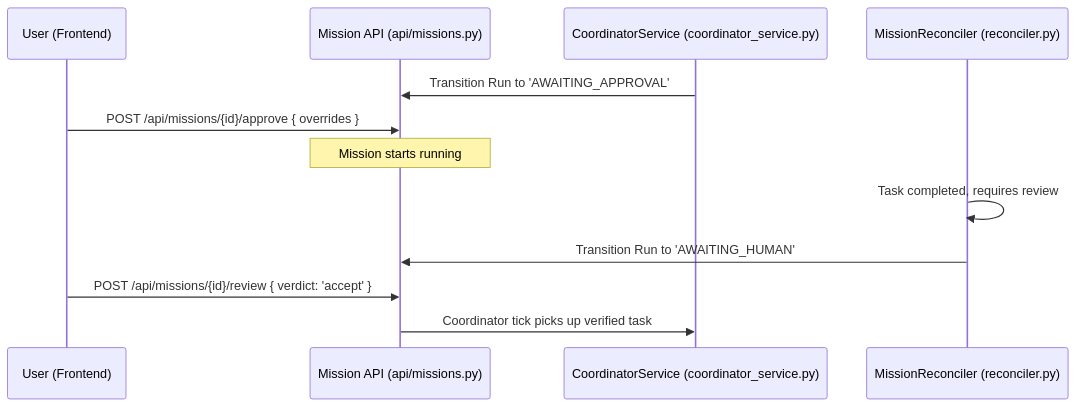
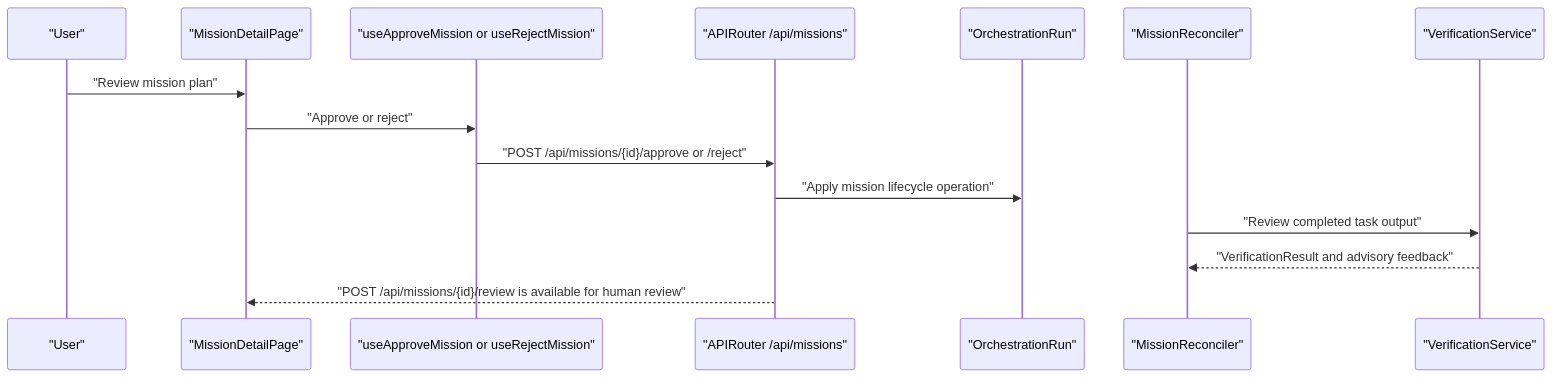
Before and after one commit to AutomatosAI/automatos-ai: the third of 5 diagrams in docs/missions-multi-agent-coordination/mission-ui-human-review.md, drawn with Mermaid. The commit also changed other lines of this file and 188 other files, not shown here.

First line of the commit message:
docs: refresh architecture docs and add coverage for new subsystems (#1416)

````diff
--- a/docs/missions-multi-agent-coordination/mission-ui-human-review.md
+++ b/docs/missions-multi-agent-coordination/mission-ui-human-review.md
@@ -156,15 +163,18 @@
 ```mermaid
 sequenceDiagram
-    participant U as User (Frontend)
-    participant API as Mission API (api/missions.py)
-    participant CS as CoordinatorService (coordinator_service.py)
-    participant RS as MissionReconciler (reconciler.py)
+    participant User as "User"
+    participant UI as "MissionDetailPage"
+    participant Hooks as "useApproveMission or useRejectMission"
+    participant API as "APIRouter /api/missions"
+    participant Run as "OrchestrationRun"
+    participant Reconciler as "MissionReconciler"
+    participant Verifier as "VerificationService"
 
-    CS->>API: Transition Run to 'AWAITING_APPROVAL'
-    U->>API: POST /api/missions/{id}/approve { overrides }
-    Note over API: Mission starts running
-    RS->>RS: Task completed, requires review
-    RS->>API: Transition Run to 'AWAITING_HUMAN'
-    U->>API: POST /api/missions/{id}/review { verdict: 'accept' }
-    API->>CS: Coordinator tick picks up verified task
+    User->>UI: "Review mission plan"
+    UI->>Hooks: "Approve or reject"
+    Hooks->>API: "POST /api/missions/{id}/approve or /reject"
+    API->>Run: "Apply mission lifecycle operation"
+    Reconciler->>Verifier: "Review completed task output"
+    Verifier-->>Reconciler: "VerificationResult and advisory feedback"
+    API-->>UI: "POST /api/missions/{id}/review is available for human review"
 ```
````
